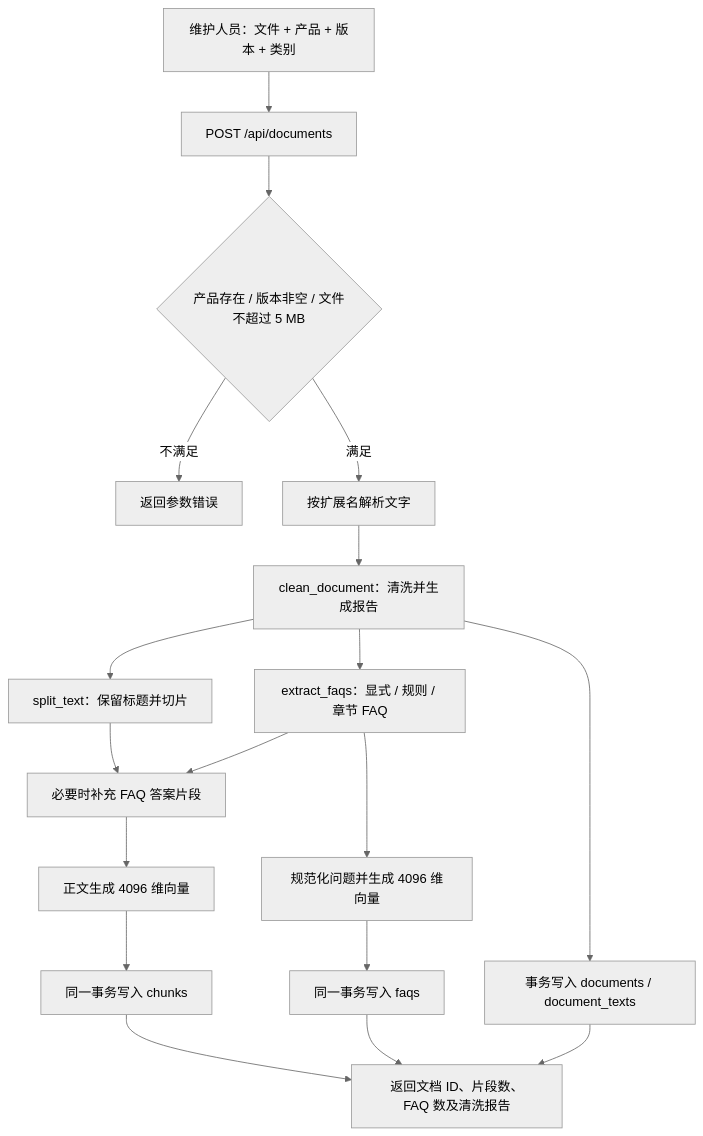
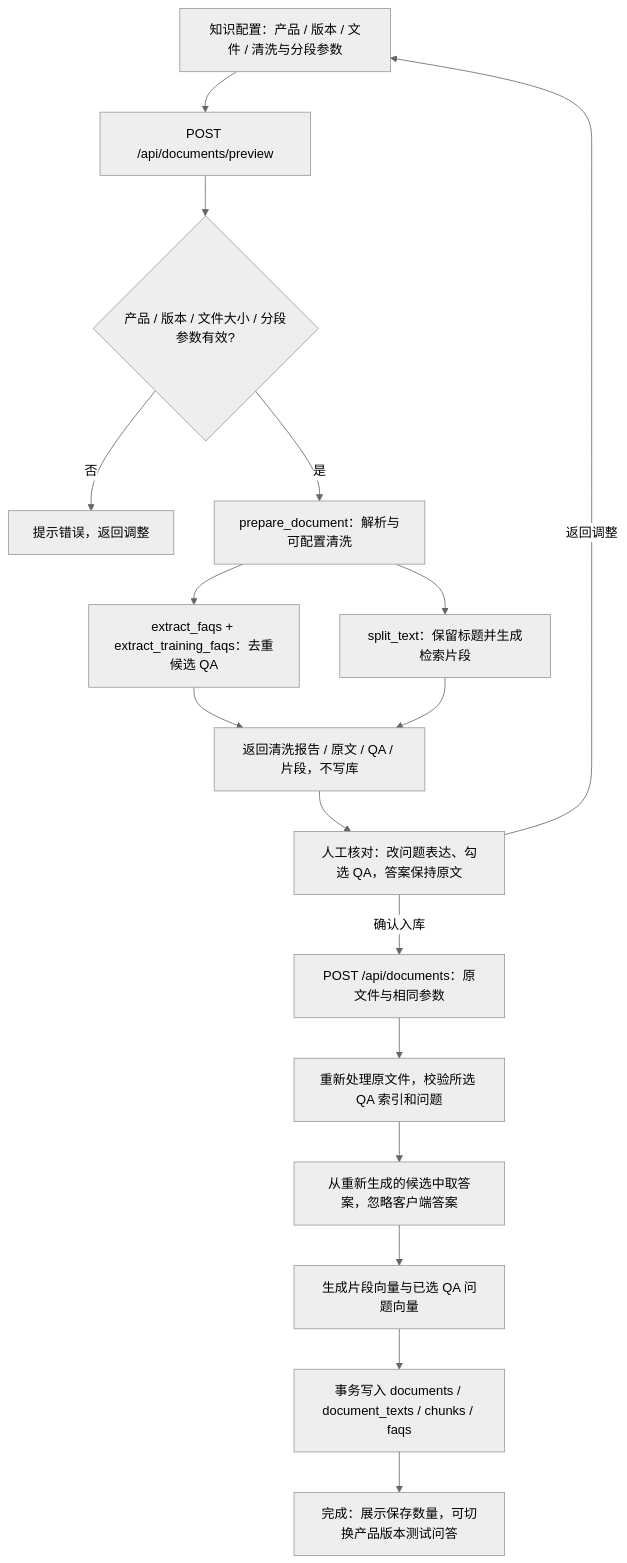
One commit to MichaelZYZ/ai-rag-product changed the second of 7 diagrams in SYSTEM_DESIGN.md. Above: the diagram before and after it, drawn with Mermaid (neutral theme). The commit also changed other lines of this file and 14 other files, not shown here.

````diff
--- a/SYSTEM_DESIGN.md
+++ b/SYSTEM_DESIGN.md
@@ -59,20 +67,19 @@
 ```mermaid
 flowchart TD
-    A[维护人员：文件 + 产品 + 版本 + 类别] --> B[POST /api/documents]
-    B --> C{产品存在 / 版本非空 / 文件不超过 5 MB}
-    C -- 不满足 --> E[返回参数错误]
-    C -- 满足 --> D[按扩展名解析文字]
-    D --> F[clean_document：清洗并生成报告]
-    F --> G[split_text：保留标题并切片]
-    F --> H[extract_faqs：显式 / 规则 / 章节 FAQ]
-    H --> I[必要时补充 FAQ 答案片段]
-    G --> I
-    I --> J[正文生成 4096 维向量]
-    H --> K[规范化问题并生成 4096 维向量]
-    F --> L[事务写入 documents / document_texts]
-    J --> M[同一事务写入 chunks]
-    K --> N[同一事务写入 faqs]
-    L --> O[返回文档 ID、片段数、FAQ 数及清洗报告]
-    M --> O
-    N --> O
+    A[知识配置：产品 / 版本 / 文件 / 清洗与分段参数] --> B[POST /api/documents/preview]
+    B --> C{产品 / 版本 / 文件大小 / 分段参数有效?}
+    C -- 否 --> E[提示错误，返回调整]
+    C -- 是 --> D[prepare_document：解析与可配置清洗]
+    D --> F[extract_faqs + extract_training_faqs：去重候选 QA]
+    D --> G[split_text：保留标题并生成检索片段]
+    F --> H[返回清洗报告 / 原文 / QA / 片段，不写库]
+    G --> H
+    H --> I[人工核对：改问题表达、勾选 QA，答案保持原文]
+    I -- 返回调整 --> A
+    I -- 确认入库 --> J[POST /api/documents：原文件与相同参数]
+    J --> K[重新处理原文件，校验所选 QA 索引和问题]
+    K --> L[从重新生成的候选中取答案，忽略客户端答案]
+    L --> M[生成片段向量与已选 QA 问题向量]
+    M --> N[事务写入 documents / document_texts / chunks / faqs]
+    N --> O[完成：展示保存数量，可切换产品版本测试问答]
 ```
````
